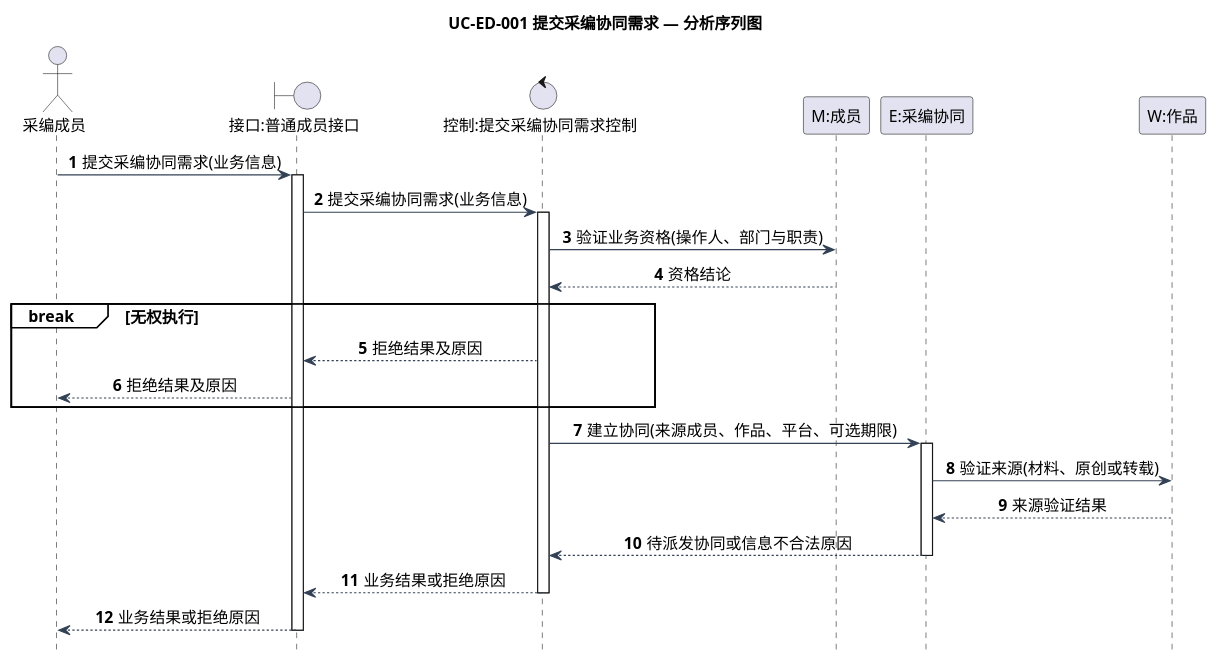
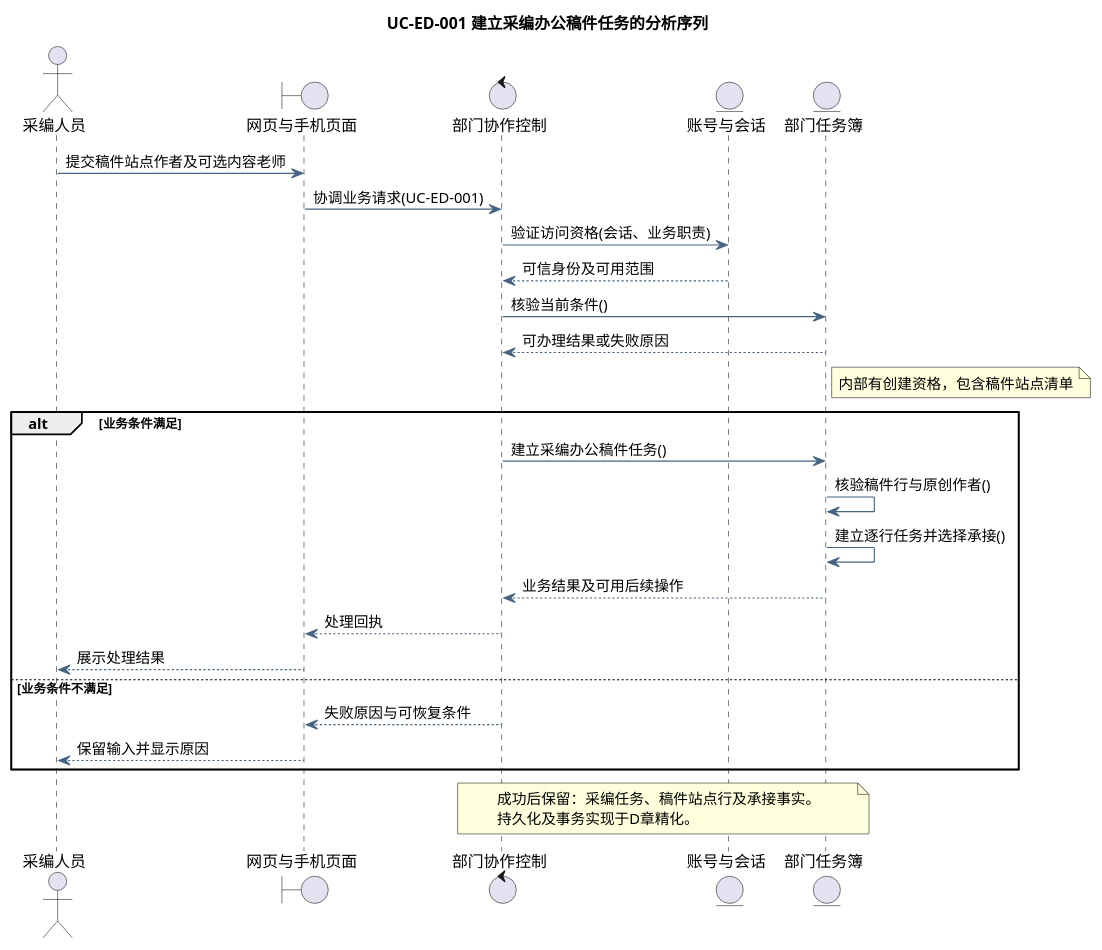
Before and after one commit to tccc1csu/miniprogram-csu: the diagram in docs/diagrams/analysis/seq-uc-ed-001.puml, drawn with PlantUML. The commit also changed 376 other files, not shown here.

Commit message:
docs: align course UML and engineering documents with unified workbench

```diff
--- a/docs/diagrams/analysis/seq-uc-ed-001.puml
+++ b/docs/diagrams/analysis/seq-uc-ed-001.puml
@@ -1,45 +1,39 @@
 @startuml
-title UC-ED-001 提交采编协同需求 — 分析序列图
 skinparam defaultFontName Microsoft YaHei
-skinparam defaultFontSize 14
 skinparam shadowing false
-skinparam backgroundColor white
+skinparam backgroundColor #FFFFFF
+skinparam ArrowColor #466482
 skinparam classAttributeIconSize 0
-skinparam classBackgroundColor #F5FAFF
-skinparam classBorderColor #46637F
-skinparam ArrowColor #334155
-skinparam nodesep 35
-skinparam ranksep 45
-hide footbox
-autonumber
-skinparam sequenceMessageAlign center
-skinparam sequenceGroupBackgroundColor white
-actor "采编成员" as A
-boundary "接口:普通成员接口" as B
-control "控制:提交采编协同需求控制" as C
-participant "M:成员" as M
-participant "E:采编协同" as E
-participant "W:作品" as W
-A -> B: 提交采编协同需求(业务信息)
-activate B
-B -> C: 提交采编协同需求(业务信息)
-activate C
-C -> M: 验证业务资格(操作人、部门与职责)
-M --> C: 资格结论
-break 无权执行
-  C --> B: 拒绝结果及原因
-  B --> A: 拒绝结果及原因
+hide empty members
+title UC-ED-001 建立采编办公稿件任务的分析序列
+actor "采编人员" as actor
+boundary "网页与手机页面" as page
+control "部门协作控制" as ctl
+entity "账号与会话" as identity
+entity "部门任务簿" as model
+actor -> page : 提交稿件站点作者及可选内容老师
+page -> ctl : 协调业务请求(UC-ED-001)
+ctl -> identity : 验证访问资格(会话、业务职责)
+identity --> ctl : 可信身份及可用范围
+ctl -> model : 核验当前条件()
+model --> ctl : 可办理结果或失败原因
+note right of model
+内部有创建资格，包含稿件站点清单
+end note
+alt 业务条件满足
+ctl -> model : 建立采编办公稿件任务()
+model -> model : 核验稿件行与原创作者()
+model -> model : 建立逐行任务并选择承接()
+model --> ctl : 业务结果及可用后续操作
+ctl --> page : 处理回执
+page --> actor : 展示处理结果
+else 业务条件不满足
+ctl --> page : 失败原因与可恢复条件
+page --> actor : 保留输入并显示原因
 end
+note over ctl,model
+成功后保留：采编任务、稿件站点行及承接事实。
+持久化及事务实现于D章精化。
+end note
 
-C -> E: 建立协同(来源成员、作品、平台、可选期限)
-activate E
-E -> W: 验证来源(材料、原创或转载)
-W --> E: 来源验证结果
-E --> C: 待派发协同或信息不合法原因
-deactivate E
-
-C --> B: 业务结果或拒绝原因
-deactivate C
-B --> A: 业务结果或拒绝原因
-deactivate B
 @enduml
```
